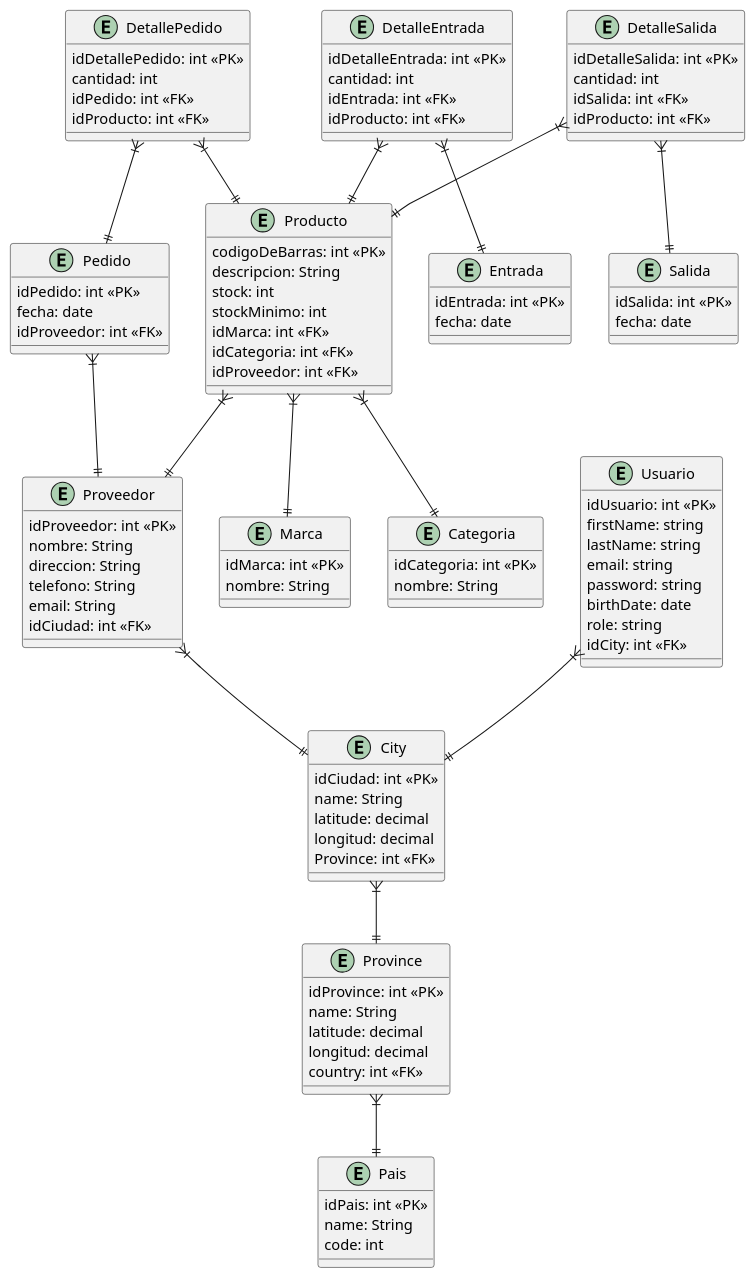
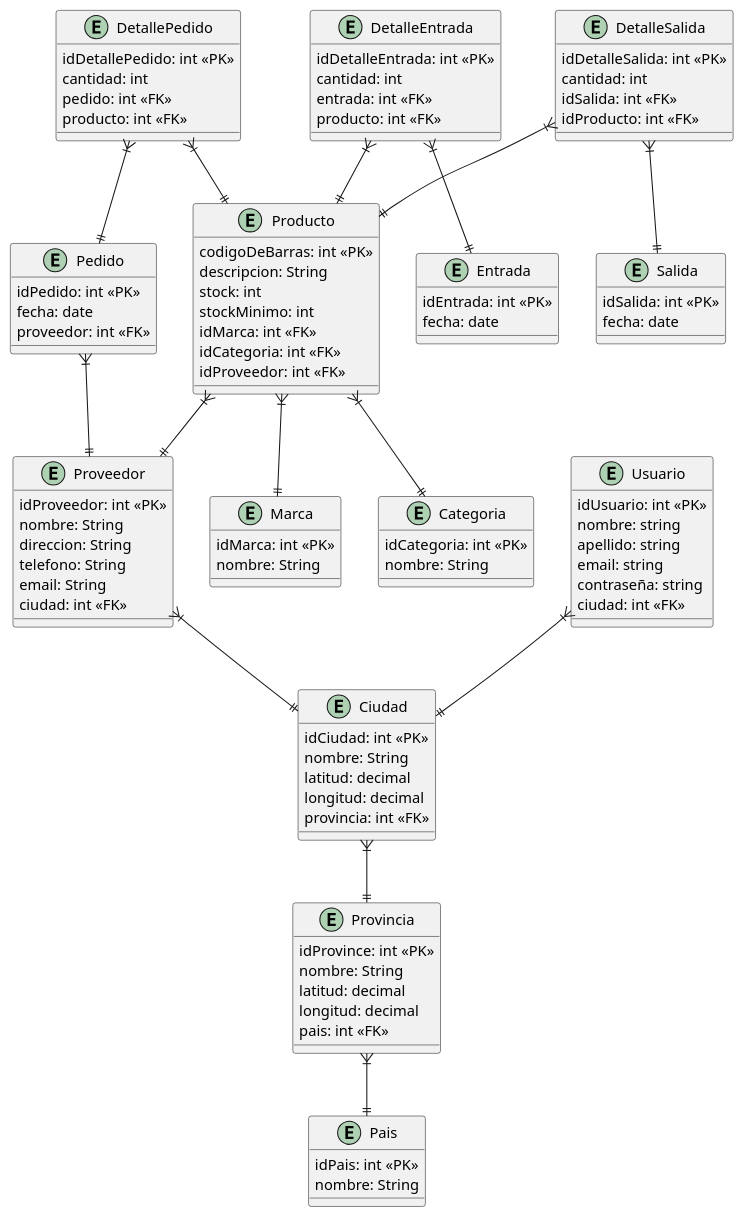
Before and after one commit to MartinCostamagna/ControlDeStock: the diagram in Diagramas/Diagrama de Entidad Relacion.puml, drawn with PlantUML. The commit also changed 32 other files, not shown here.

```diff
--- a/Diagramas/Diagrama de Entidad Relacion.puml
+++ b/Diagramas/Diagrama de Entidad Relacion.puml
@@ -1,116 +1,113 @@
 @startuml Diagrama de Entidad Relacion
 entity Producto {
     codigoDeBarras: int <<PK>>
     descripcion: String
     stock: int
     stockMinimo: int
     idMarca: int <<FK>>
     idCategoria: int <<FK>>
     idProveedor: int <<FK>>
 }
 
 entity Marca {
     idMarca: int <<PK>>
     nombre: String
 }
 
 entity Categoria {
     idCategoria: int <<PK>>
     nombre: String
 }
 
 entity Proveedor {
     idProveedor: int <<PK>>
     nombre: String
     direccion: String
     telefono: String
     email: String
-    idCiudad: int <<FK>>
+    ciudad: int <<FK>>
 }
 
-entity City {
+entity Ciudad {
     idCiudad: int <<PK>>
-    name: String
-    latitude: decimal
+    nombre: String
+    latitud: decimal
     longitud: decimal
-    Province: int <<FK>>
+    provincia: int <<FK>>
 }
 
-entity Province {
+entity Provincia {
     idProvince: int <<PK>>
-    name: String
-    latitude: decimal
+    nombre: String
+    latitud: decimal
     longitud: decimal
-    country: int <<FK>>
+    pais: int <<FK>>
 }
 
 entity Pais {
     idPais: int <<PK>>
-    name: String
-    code: int
+    nombre: String
 }
 
 entity Pedido {
     idPedido: int <<PK>>
     fecha: date
-    idProveedor: int <<FK>>
+    proveedor: int <<FK>>
 }
 
 entity DetallePedido {
     idDetallePedido: int <<PK>>
     cantidad: int
-    idPedido: int <<FK>>
-    idProducto: int <<FK>>
+    pedido: int <<FK>>
+    producto: int <<FK>>
 }
 
 entity Entrada {
     idEntrada: int <<PK>>
     fecha: date
 }
 
 entity DetalleEntrada {
     idDetalleEntrada: int <<PK>>
     cantidad: int
-    idEntrada: int <<FK>>
-    idProducto: int <<FK>>
+    entrada: int <<FK>>
+    producto: int <<FK>>
 }
 
 entity Salida {
     idSalida: int <<PK>>
     fecha: date
 }
 
 entity DetalleSalida {
     idDetalleSalida: int <<PK>>
     cantidad: int
     idSalida: int <<FK>>
     idProducto: int <<FK>>
 }
 
 entity Usuario {
     idUsuario: int <<PK>>
-    firstName: string
-    lastName: string
+    nombre: string
+    apellido: string
     email: string
-    password: string
-    birthDate: date
-    role: string
-    idCity: int <<FK>>
+    contraseña: string
+    ciudad: int <<FK>>
 }
 
 Producto }|--|| Marca
 Producto }|--|| Categoria
 Producto }|--|| Proveedor
-Proveedor }|--|| City
-Usuario }|--|| City 
-City }|--|| Province
-Province }|--|| Pais
+Proveedor }|--|| Ciudad
+Usuario }|--|| Ciudad
+Ciudad }|--|| Provincia
+Provincia }|--|| Pais
 Pedido }|--|| Proveedor
 DetallePedido }|--|| Pedido
 DetallePedido }|--|| Producto
 DetalleEntrada }|--|| Entrada
 DetalleEntrada }|--|| Producto
 DetalleSalida }|--|| Salida
 DetalleSalida }|--|| Producto
 
 @enduml
```
